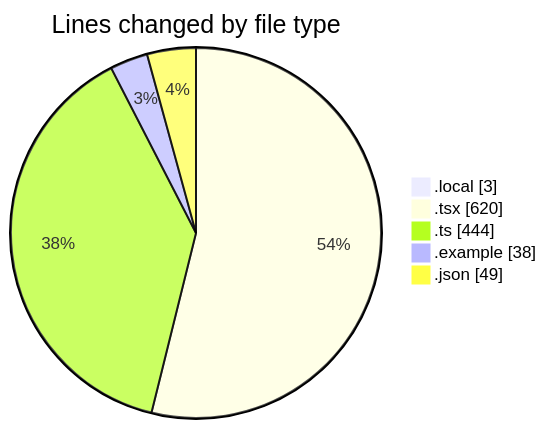
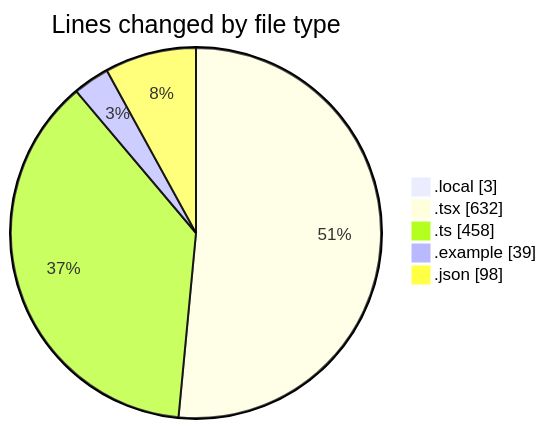
The first of 2 diagrams in 2025-11-20/eventscop-frontend-guide__workspace_/README.md (julien-gomy/code-tracking), drawn with Mermaid before and after one commit. The commit also changed other lines of this file and 1 other file, not shown here.

````diff
--- a/2025-11-20/eventscop-frontend-guide__workspace_/README.md
+++ b/2025-11-20/eventscop-frontend-guide__workspace_/README.md
@@ -38,9 +38,9 @@
 ```mermaid
 pie showData
 title Lines changed by file type
 ".local" : 3
-".tsx" : 620
-".ts" : 444
-".example" : 38
-".json" : 49
+".tsx" : 632
+".ts" : 458
+".example" : 39
+".json" : 98
 ```
````
